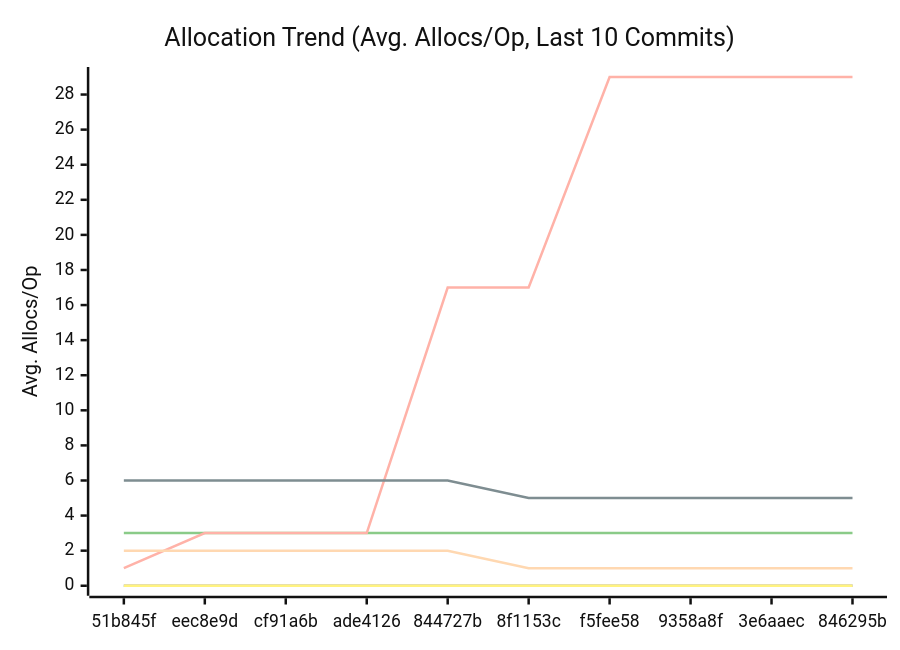
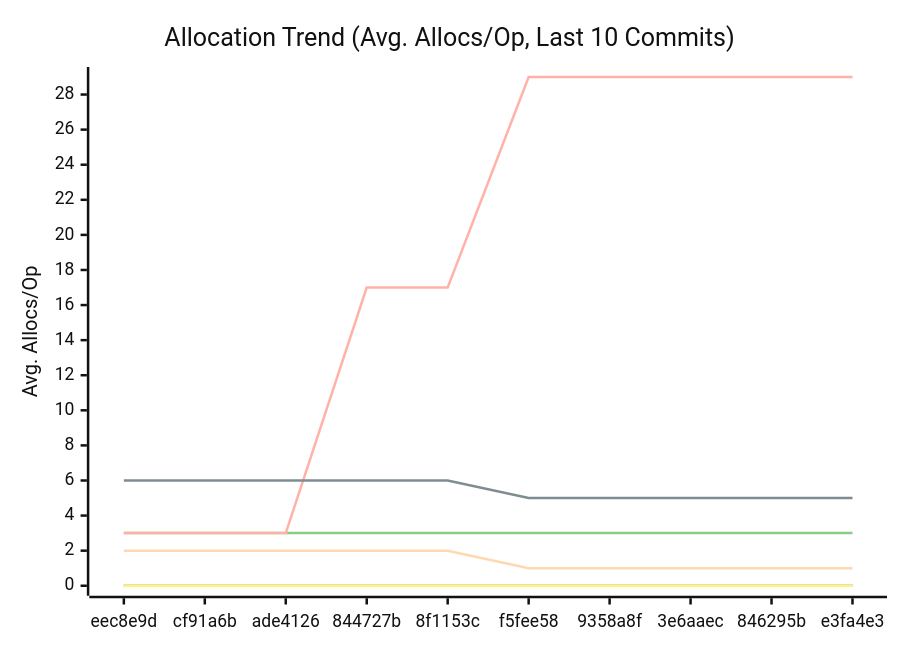
The third of 3 diagrams in docs/PERFORMANCE.md (alsotoes/momo), drawn with Mermaid (neutral theme) before and after one commit. The commit also changed other lines of this file and 2 other files, not shown here.

````diff
--- a/docs/PERFORMANCE.md
+++ b/docs/PERFORMANCE.md
@@ -114,16 +114,16 @@
 ```mermaid
 xychart-beta
     title "Allocation Trend (Avg. Allocs/Op, Last 10 Commits)"
     x-axis "Commit"
     y-axis "Avg. Allocs/Op"
-    x-axis [51b845f,eec8e9d,cf91a6b,ade4126,844727b,8f1153c,f5fee58,9358a8f,3e6aaec,846295b]
+    x-axis [eec8e9d,cf91a6b,ade4126,844727b,8f1153c,f5fee58,9358a8f,3e6aaec,846295b,e3fa4e3]
     line "CheckMetricsAndSwap" [0,0,0,0,0,0,0,0,0,0]
     line "CrushOptimized" [0,0,0,0,0,0,0,0,0,0]
     line "CrushOriginal" [3,3,3,3,3,3,3,3,3,3]
     line "IndexDirectTracking" [0,0,0,0,0,0,0,0,0,0]
     line "IndexSearch" [0,0,0,0,0,0,0,0,0,0]
-    line "LoadGlobalConfig" [1,3,3,3,17,17,29,29,29,29]
+    line "LoadGlobalConfig" [3,3,3,17,17,29,29,29,29,29]
     line "PadString" [0,0,0,0,0,0,0,0,0,0]
     line "ParseReplicationOrder_NoPrealloc" [6,6,6,6,6,5,5,5,5,5]
     line "ParseReplicationOrder_Prealloc" [2,2,2,2,2,1,1,1,1,1]
 ```
````
